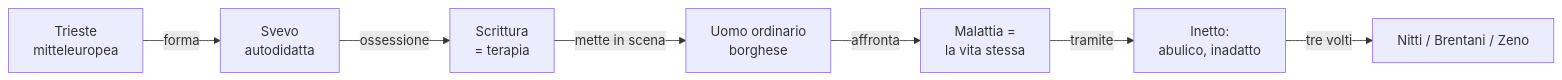
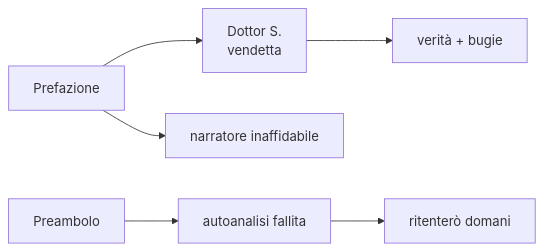
The first of 2 diagrams in italiano/svevo/ripasso.md (riccardo-algorime/appunti-5Bsa), drawn with Mermaid before and after one commit. The commit also changed other lines of this file and 113 other files, not shown here.

````diff
--- a/italiano/svevo/ripasso.md
+++ b/italiano/svevo/ripasso.md
@@ -69,9 +79,8 @@
 ```mermaid
 flowchart LR
-    A["Trieste\nmitteleuropea"] -->|"forma"| B["Svevo\nautodidatta"]
-    B -->|"ossessione"| C["Scrittura\n= terapia"]
-    C -->|"mette in scena"| D["Uomo ordinario\nborghese"]
-    D -->|"affronta"| E["Malattia =\nla vita stessa"]
-    E -->|"tramite"| F["Inetto:\nabulico, inadatto"]
-    F -->|"tre volti"| G["Nitti / Brentani / Zeno"]
+    A["Prefazione"] --> B["Dottor S.<br/>vendetta"]
+    B --> C["verità + bugie"]
+    A --> D["narratore inaffidabile"]
+    E["Preambolo"] --> F["autoanalisi fallita"]
+    F --> G["ritenterò domani"]
 ```
````
